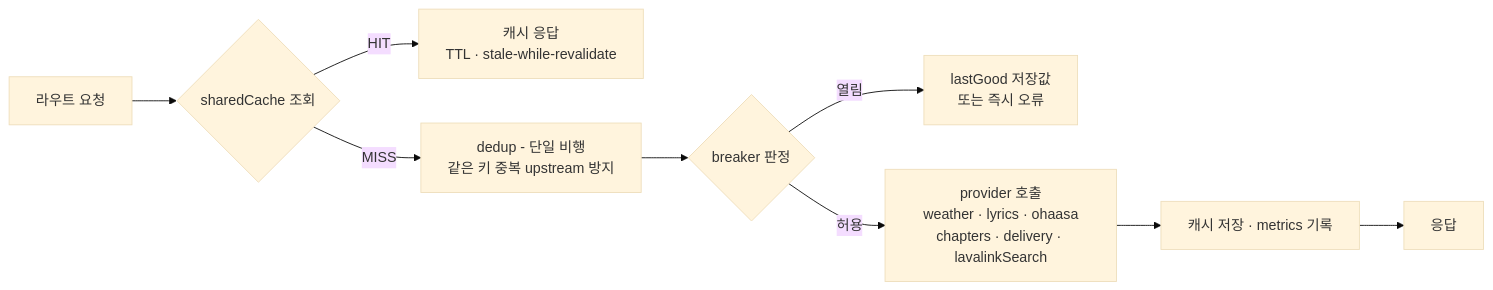
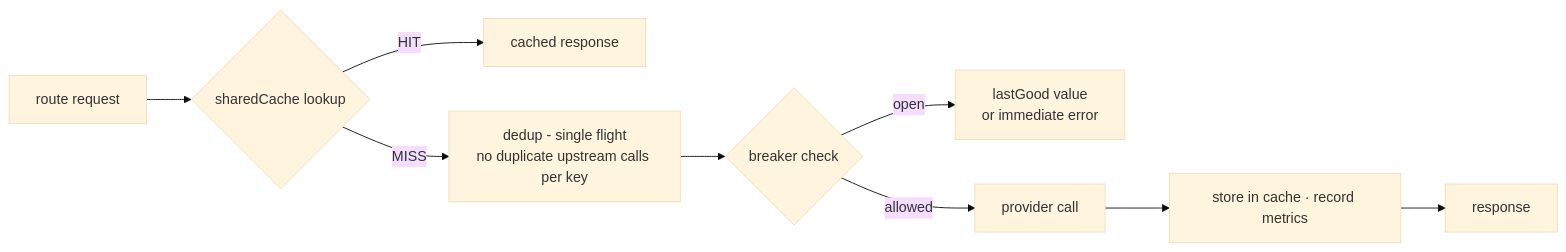
Before and after one commit to mochilabs/SiruBOT: the eighth of 10 diagrams in docs/architecture.md, drawn with Mermaid (base theme). The commit also changed other lines of this file and 63 other files, not shown here.

````diff
--- a/docs/architecture.md
+++ b/docs/architecture.md
@@ -383,10 +403,10 @@
 ```mermaid
 flowchart LR
-    req["라우트 요청"] --> cache{"sharedCache 조회"}
-    cache -->|"HIT"| hit["캐시 응답<br/>TTL · stale-while-revalidate"]
-    cache -->|"MISS"| dedup["dedup - 단일 비행<br/>같은 키 중복 upstream 방지"]
-    dedup --> breaker{"breaker 판정"}
-    breaker -->|"열림"| guard["lastGood 저장값<br/>또는 즉시 오류"]
-    breaker -->|"허용"| up["provider 호출<br/>weather · lyrics · ohaasa<br/>chapters · delivery · lavalinkSearch"]
-    up --> save["캐시 저장 · metrics 기록"] --> res["응답"]
+    req["route request"] --> cache{"sharedCache lookup"}
+    cache -->|"HIT"| hit["cached response"]
+    cache -->|"MISS"| dedup["dedup - single flight<br/>no duplicate upstream calls per key"]
+    dedup --> breaker{"breaker check"}
+    breaker -->|"open"| guard["lastGood value<br/>or immediate error"]
+    breaker -->|"allowed"| up["provider call"]
+    up --> save["store in cache · record metrics"] --> res["response"]
 ```
````
